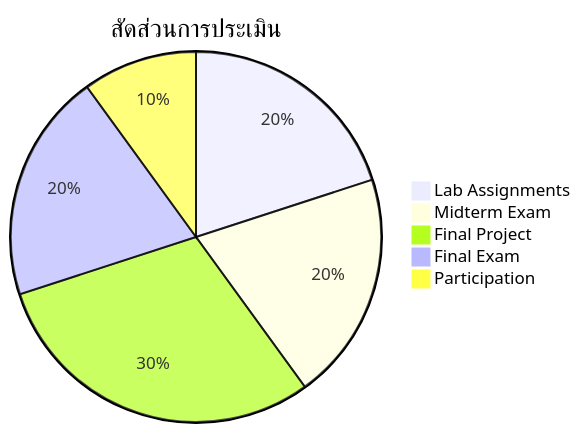
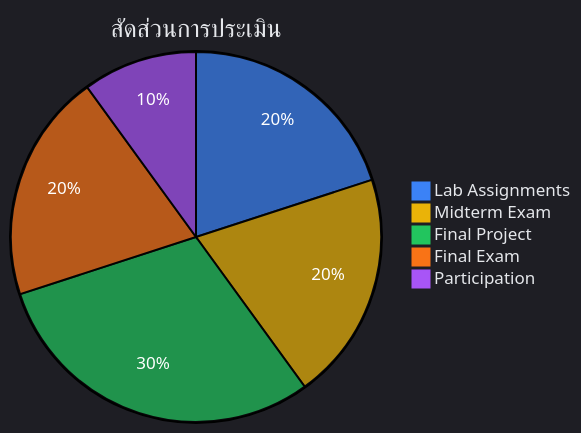
The diagram in teaching-plans/020525010_analysis_design.md (nutthakorn7/kmutnb-fte-portfolio), drawn with Mermaid before and after one commit. The commit also changed 5 other files, not shown here.

Commit message:
Unify dark theme: bright Mermaid colors across all pages (README, research plan, 4 teaching plans)

````diff
--- a/teaching-plans/020525010_analysis_design.md
+++ b/teaching-plans/020525010_analysis_design.md
@@ -62,8 +62,9 @@
 ```mermaid
+%%{init: {'theme': 'dark', 'themeVariables': {'pie1': '#3b82f6', 'pie2': '#eab308', 'pie3': '#22c55e', 'pie4': '#f97316', 'pie5': '#a855f7', 'pieTitleTextColor': '#e5e7eb', 'pieSectionTextColor': '#fff', 'pieLegendTextColor': '#e5e7eb'}}}%%
 pie title สัดส่วนการประเมิน
     "Lab Assignments" : 20
     "Midterm Exam" : 20
     "Final Project" : 30
     "Final Exam" : 20
     "Participation" : 10
 ```
````
